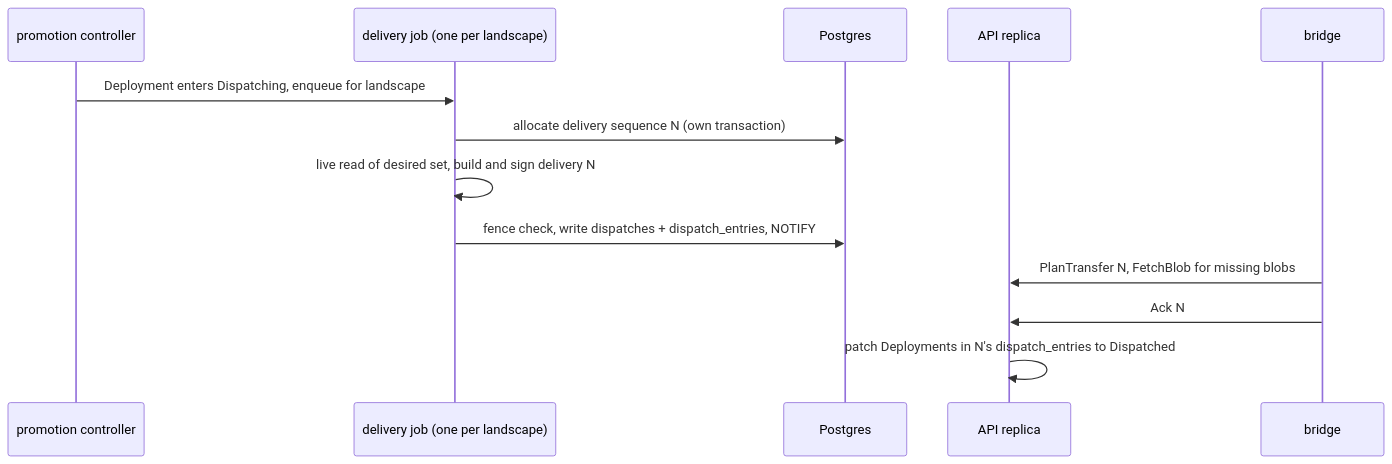
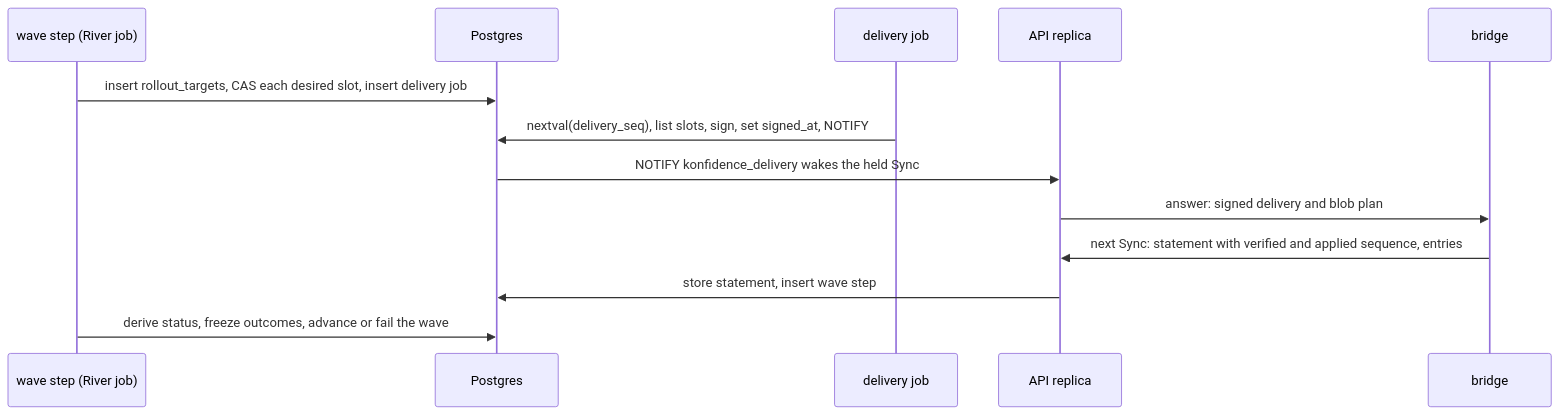
One commit to nirnanaaa/konfidence changed the diagram in docs/design/05-promotion-and-rollout.md. Above: the diagram before and after it, drawn with Mermaid. The commit also changed other lines of this file and 12 other files, not shown here.

Commit message:
docs(design): simplify to intent CRDs, desired slots and one bridge exchange

````diff
--- a/docs/design/05-promotion-and-rollout.md
+++ b/docs/design/05-promotion-and-rollout.md
@@ -184,15 +77,15 @@
 ```mermaid
 sequenceDiagram
-    participant C as promotion controller
-    participant J as delivery job (one per landscape)
+    participant W as wave step (River job)
     participant P as Postgres
+    participant D as delivery job
     participant A as API replica
     participant B as bridge
-    C->>J: Deployment enters Dispatching, enqueue for landscape
-    J->>P: allocate delivery sequence N (own transaction)
-    J->>J: live read of desired set, build and sign delivery N
-    J->>P: fence check, write dispatches + dispatch_entries, NOTIFY
-    B->>A: PlanTransfer N, FetchBlob for missing blobs
-    B->>A: Ack N
-    A->>A: patch Deployments in N's dispatch_entries to Dispatched
+    W->>P: insert rollout_targets, CAS each desired slot, insert delivery job
+    D->>P: nextval(delivery_seq), list slots, sign, set signed_at, NOTIFY
+    P->>A: NOTIFY konfidence_delivery wakes the held Sync
+    A->>B: answer: signed delivery and blob plan
+    B->>A: next Sync: statement with verified and applied sequence, entries
+    A->>P: store statement, insert wave step
+    W->>P: derive status, freeze outcomes, advance or fail the wave
 ```
````
